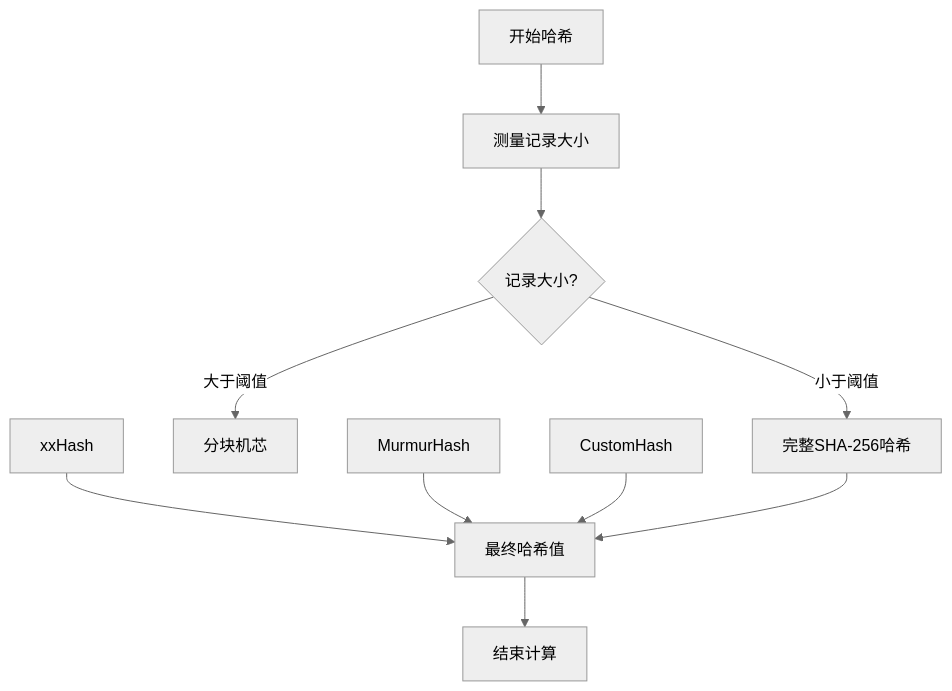
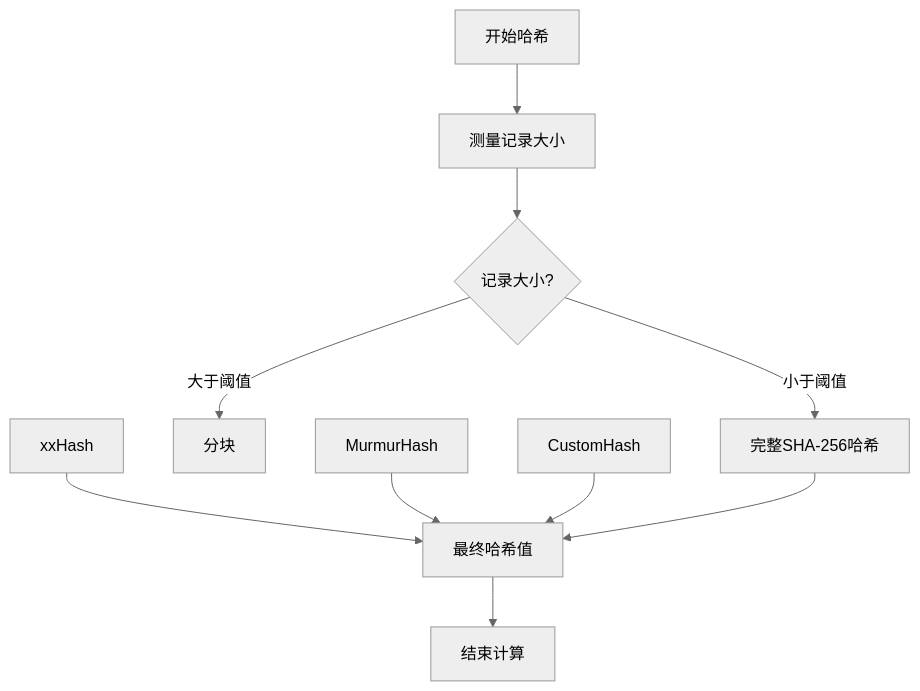
Before and after one commit to yingjianzh/iodraw-files: the diagram in all/未命名-40.md, drawn with Mermaid (neutral theme).

Commit message:
2025-04-23 18:32:05 update

````diff
--- a/all/未命名-40.md
+++ b/all/未命名-40.md
@@ -1,14 +1,14 @@
 ```mermaid
 flowchart TD
     Start[开始哈希] --> MeasureSize[测量记录大小]
     MeasureSize --> SizeCheck{记录大小?}
     SizeCheck -- 小于阈值 --> FullHash[完整SHA-256哈希]
-    SizeCheck -- 大于阈值 --> FastHash[分块机芯]
+    SizeCheck -- 大于阈值 --> FastHash[分块]
     
     xxHash --> FinalHash[最终哈希值]
     MurmurHash --> FinalHash
     CustomHash --> FinalHash
     FullHash --> FinalHash
     
     FinalHash --> End[结束计算]
 ```
````
